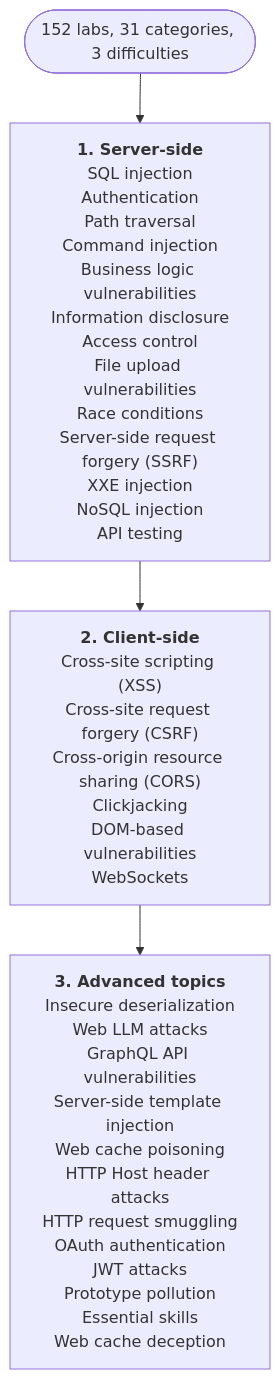
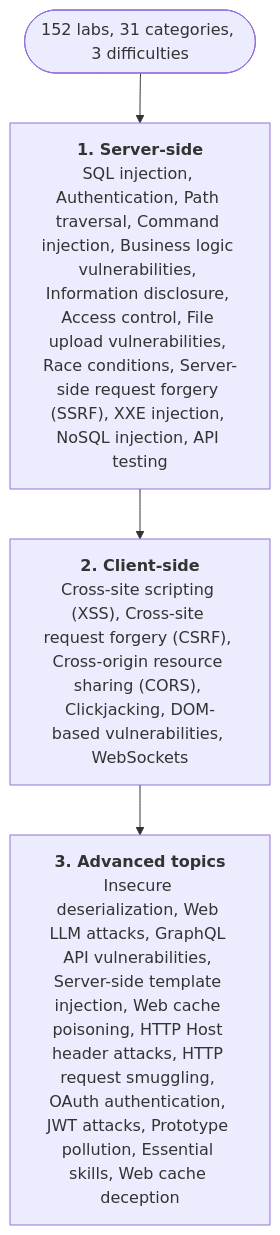
The diagram in src/content/posts/2026-04-20-picking-a-path-through-portswigger-labs.md (marie-schmidt/security-research), drawn with Mermaid before and after one commit.

Commit message:
fix: Simplify flowchart in Episode #2 by condensing topics into single lines for clarity

````diff
--- a/src/content/posts/2026-04-20-picking-a-path-through-portswigger-labs.md
+++ b/src/content/posts/2026-04-20-picking-a-path-through-portswigger-labs.md
@@ -35,6 +35,6 @@
 ```mermaid
 flowchart TD
-   Start([152 labs, 31 categories, 3 difficulties]) --> SS["<b>1. Server-side</b><br/>SQL injection<br/>Authentication<br/>Path traversal<br/>Command injection<br/>Business logic vulnerabilities<br/>Information disclosure<br/>Access control<br/>File upload vulnerabilities<br/>Race conditions<br/>Server-side request forgery (SSRF)<br/>XXE injection<br/>NoSQL injection<br/>API testing"]
-   SS --> CS["<b>2. Client-side</b><br/>Cross-site scripting (XSS)<br/>Cross-site request forgery (CSRF)<br/>Cross-origin resource sharing (CORS)<br/>Clickjacking<br/>DOM-based vulnerabilities<br/>WebSockets"]
-   CS --> Adv["<b>3. Advanced topics</b><br/>Insecure deserialization<br/>Web LLM attacks<br/>GraphQL API vulnerabilities<br/>Server-side template injection<br/>Web cache poisoning<br/>HTTP Host header attacks<br/>HTTP request smuggling<br/>OAuth authentication<br/>JWT attacks<br/>Prototype pollution<br/>Essential skills<br/>Web cache deception"]
+   Start([152 labs, 31 categories, 3 difficulties]) --> SS["<b>1. Server-side</b><br/>SQL injection, Authentication, Path traversal, Command injection, Business logic vulnerabilities, Information disclosure, Access control, File upload vulnerabilities, Race conditions, Server-side request forgery (SSRF), XXE injection, NoSQL injection, API testing"]
+   SS --> CS["<b>2. Client-side</b><br/>Cross-site scripting (XSS), Cross-site request forgery (CSRF), Cross-origin resource sharing (CORS), Clickjacking, DOM-based vulnerabilities, WebSockets"]
+   CS --> Adv["<b>3. Advanced topics</b><br/>Insecure deserialization, Web LLM attacks, GraphQL API vulnerabilities, Server-side template injection, Web cache poisoning, HTTP Host header attacks, HTTP request smuggling, OAuth authentication, JWT attacks, Prototype pollution, Essential skills, Web cache deception"]
 ```
````
